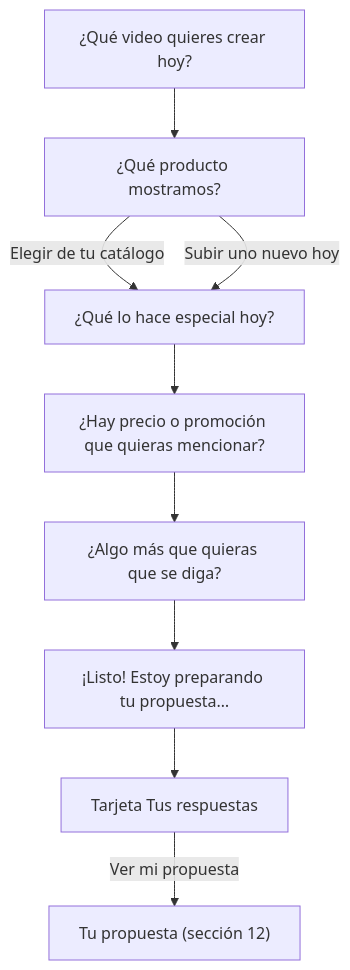
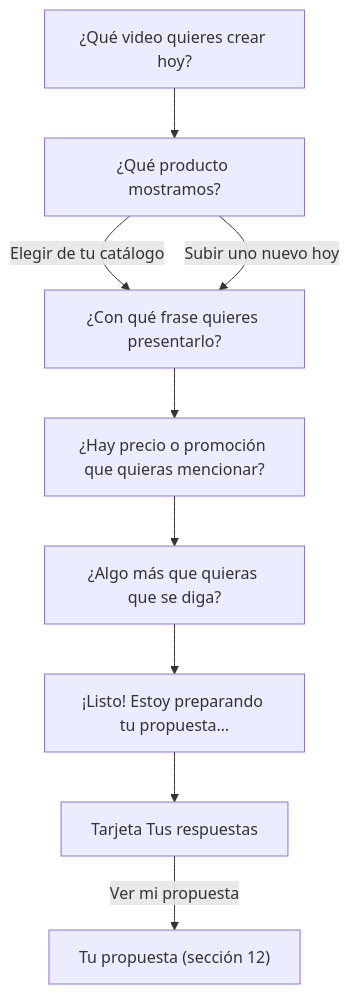
Before and after one commit to fabio2152/autoreel: the third of 4 diagrams in docs/manual-negocio.md, drawn with Mermaid. The commit also changed other lines of this file and 14 other files, not shown here.

````diff
--- a/docs/manual-negocio.md
+++ b/docs/manual-negocio.md
@@ -479,11 +479,11 @@
 ```mermaid
 flowchart TD
     A["¿Qué video quieres crear hoy?"] --> B["¿Qué producto mostramos?"]
-    B -->|Elegir de tu catálogo| C["¿Qué lo hace especial hoy?"]
+    B -->|Elegir de tu catálogo| C["¿Con qué frase quieres presentarlo?"]
     B -->|Subir uno nuevo hoy| C
     C --> D["¿Hay precio o promoción que quieras mencionar?"]
     D --> E["¿Algo más que quieras que se diga?"]
     E --> F["¡Listo! Estoy preparando tu propuesta…"]
     F --> G[Tarjeta Tus respuestas]
     G -->|Ver mi propuesta| H["Tu propuesta (sección 12)"]
 ```
````
